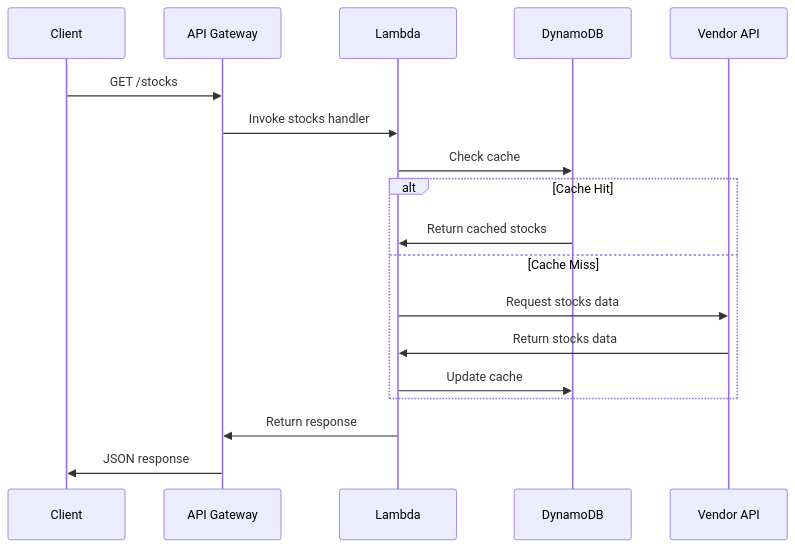
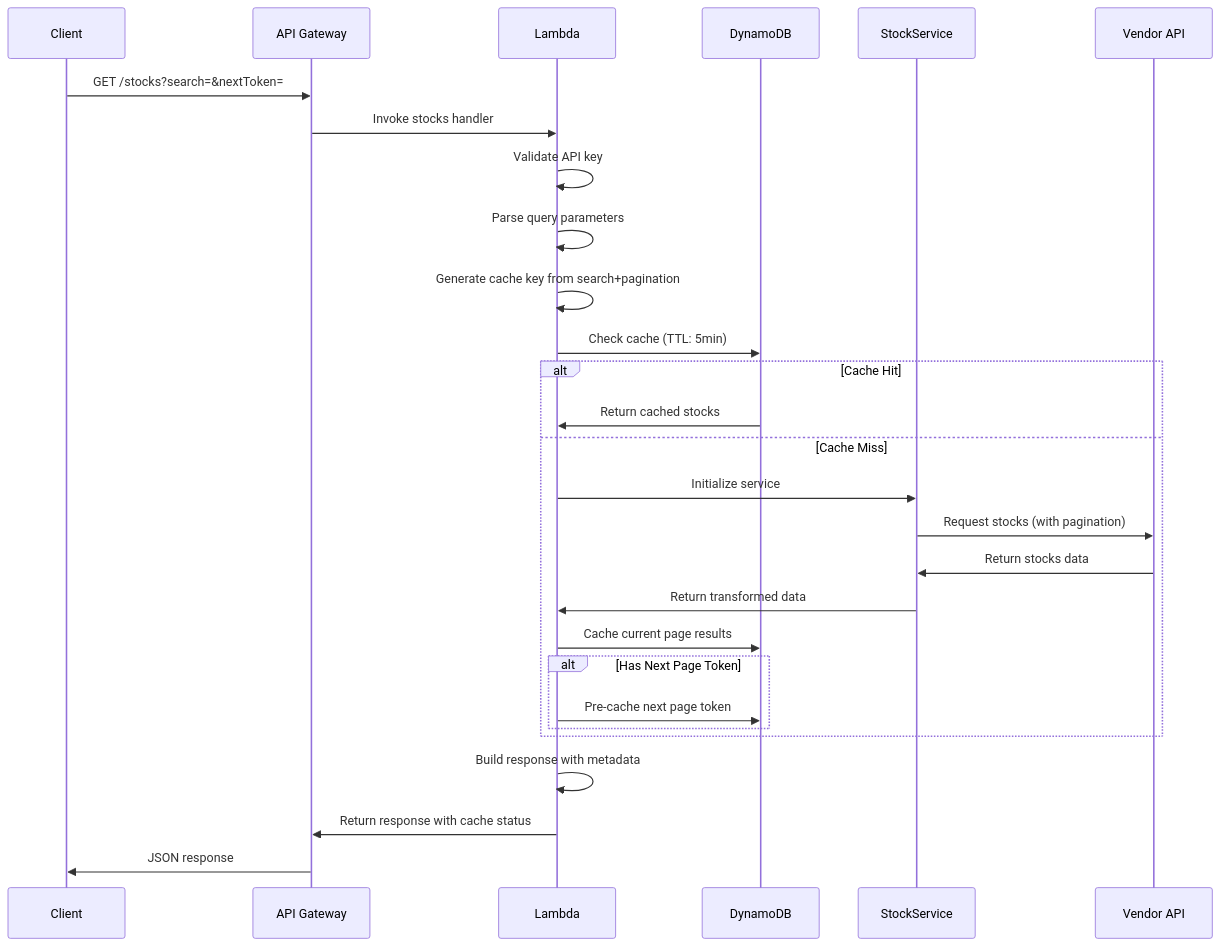
The second of 5 diagrams in REPORT.md (meca1/fuse-stock-trading-service), drawn with Mermaid before and after one commit. The commit also changed other lines of this file, not shown here.

Commit message:
docs(REPORT): enhance stock endpoint documentation with detailed caching, pagination, and transaction handling strategies; update sequence diagrams for clarity

````diff
--- a/REPORT.md
+++ b/REPORT.md
@@ -88,15 +88,30 @@
 ```mermaid
 sequenceDiagram
-    Client->>API Gateway: GET /stocks
+    Client->>API Gateway: GET /stocks?search=&nextToken=
     API Gateway->>Lambda: Invoke stocks handler
-    Lambda->>DynamoDB: Check cache
+    
+    Lambda->>Lambda: Validate API key
+    Lambda->>Lambda: Parse query parameters
+    Lambda->>Lambda: Generate cache key from search+pagination
+    
+    Lambda->>DynamoDB: Check cache (TTL: 5min)
+    
     alt Cache Hit
         DynamoDB->>Lambda: Return cached stocks
     else Cache Miss
-        Lambda->>Vendor API: Request stocks data
-        Vendor API->>Lambda: Return stocks data
-        Lambda->>DynamoDB: Update cache
+        Lambda->>StockService: Initialize service
+        StockService->>Vendor API: Request stocks (with pagination)
+        Vendor API->>StockService: Return stocks data
+        StockService->>Lambda: Return transformed data
+        
+        Lambda->>DynamoDB: Cache current page results
+        
+        alt Has Next Page Token
+            Lambda->>DynamoDB: Pre-cache next page token
+        end
     end
-    Lambda->>API Gateway: Return response
+    
+    Lambda->>Lambda: Build response with metadata
+    Lambda->>API Gateway: Return response with cache status
     API Gateway->>Client: JSON response
 ```
````
